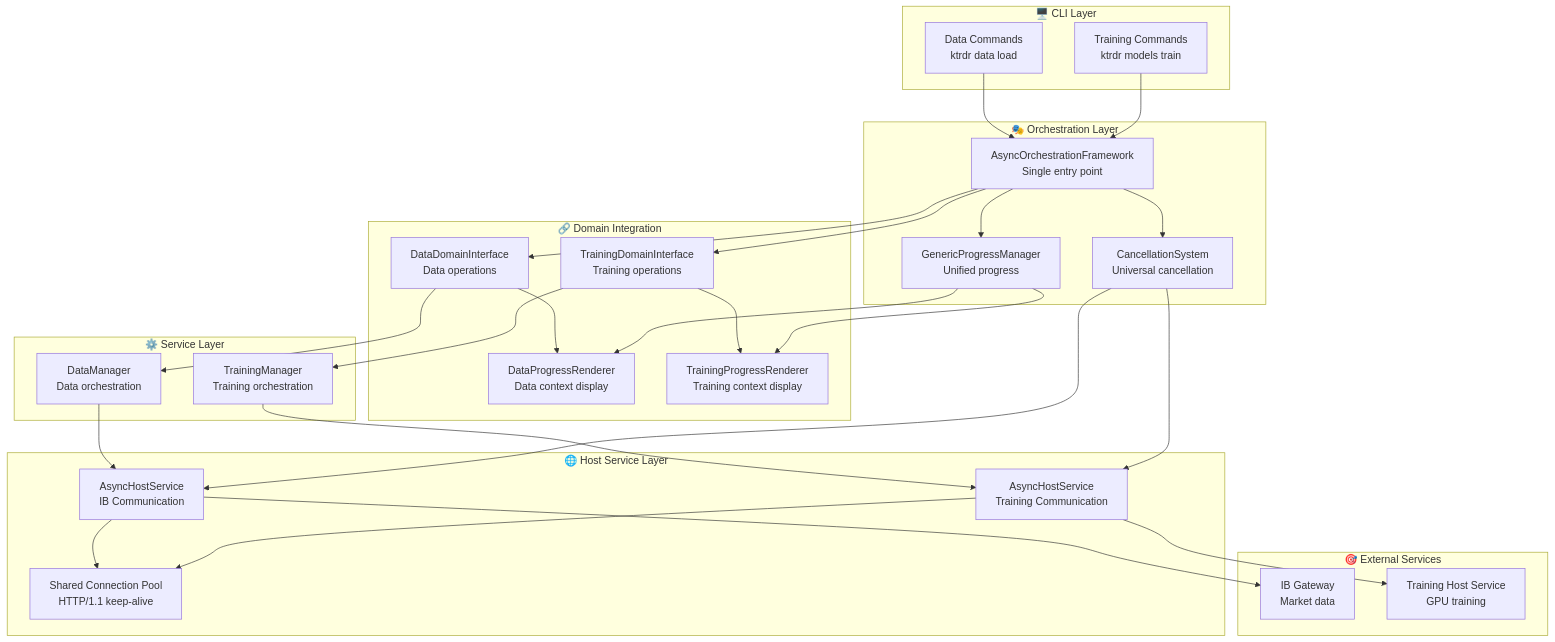
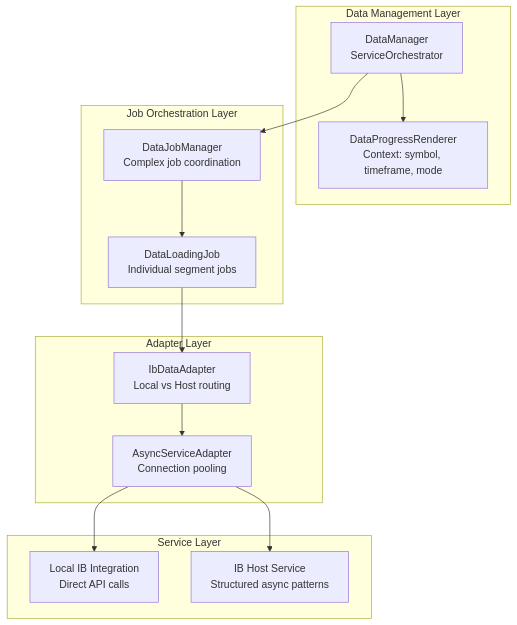
Before and after one commit to kpiteira/ktrdr: the fourth of 8 diagrams in docs/architecture/async/async-architecture-spec.md, drawn with Mermaid. The commit also changed other lines of this file and 18 other files, not shown here.

First line of the commit message:
docs: complete async architecture documentation cleanup and enhancement

````diff
--- a/docs/architecture/async/async-architecture-spec.md
+++ b/docs/architecture/async/async-architecture-spec.md
@@ -590,63 +207,30 @@
 ```mermaid
 graph TB
-    subgraph "🖥️ CLI Layer"
-        DC[Data Commands<br/>ktrdr data load]
-        TC[Training Commands<br/>ktrdr models train]
+    subgraph "Data Management Layer"
+        DM[DataManager<br/>ServiceOrchestrator]
+        DPR[DataProgressRenderer<br/>Context: symbol, timeframe, mode]
     end
     
-    subgraph "🎭 Orchestration Layer"
-        AOF[AsyncOrchestrationFramework<br/>Single entry point]
-        GPM[GenericProgressManager<br/>Unified progress]
-        CAS[CancellationSystem<br/>Universal cancellation]
+    subgraph "Job Orchestration Layer"
+        DJM[DataJobManager<br/>Complex job coordination]
+        DLJ[DataLoadingJob<br/>Individual segment jobs]
     end
     
-    subgraph "🔗 Domain Integration"
-        DDI[DataDomainInterface<br/>Data operations]
-        TDI[TrainingDomainInterface<br/>Training operations]
-        DPR[DataProgressRenderer<br/>Data context display]
-        TPR[TrainingProgressRenderer<br/>Training context display]
+    subgraph "Adapter Layer"
+        IDA[IbDataAdapter<br/>Local vs Host routing]
+        ASA[AsyncServiceAdapter<br/>Connection pooling]
     end
     
-    subgraph "⚙️ Service Layer"
-        DM[DataManager<br/>Data orchestration]
-        TM[TrainingManager<br/>Training orchestration]
+    subgraph "Service Layer"
+        LOCAL[Local IB Integration<br/>Direct API calls]
+        HOST[IB Host Service<br/>Structured async patterns]
     end
     
-    subgraph "🌐 Host Service Layer"
-        AHS_IB[AsyncHostService<br/>IB Communication]
-        AHS_TH[AsyncHostService<br/>Training Communication]
-        CP[Shared Connection Pool<br/>HTTP/1.1 keep-alive]
-    end
-    
-    subgraph "🎯 External Services"
-        IB[IB Gateway<br/>Market data]
-        THS[Training Host Service<br/>GPU training]
-    end
-    
-    DC --> AOF
-    TC --> AOF
-    
-    AOF --> GPM
-    AOF --> CAS
-    AOF --> DDI
-    AOF --> TDI
-    
-    DDI --> DPR
-    TDI --> TPR
-    DDI --> DM
-    TDI --> TM
-    
-    DM --> AHS_IB
-    TM --> AHS_TH
-    
-    AHS_IB --> CP
-    AHS_TH --> CP
-    
-    AHS_IB --> IB
-    AHS_TH --> THS
-    
-    GPM --> DPR
-    GPM --> TPR
-    CAS --> AHS_IB
-    CAS --> AHS_TH
+    DM --> DPR
+    DM --> DJM
+    DJM --> DLJ
+    DLJ --> IDA
+    IDA --> ASA
+    ASA --> LOCAL
+    ASA --> HOST
 ```
````
